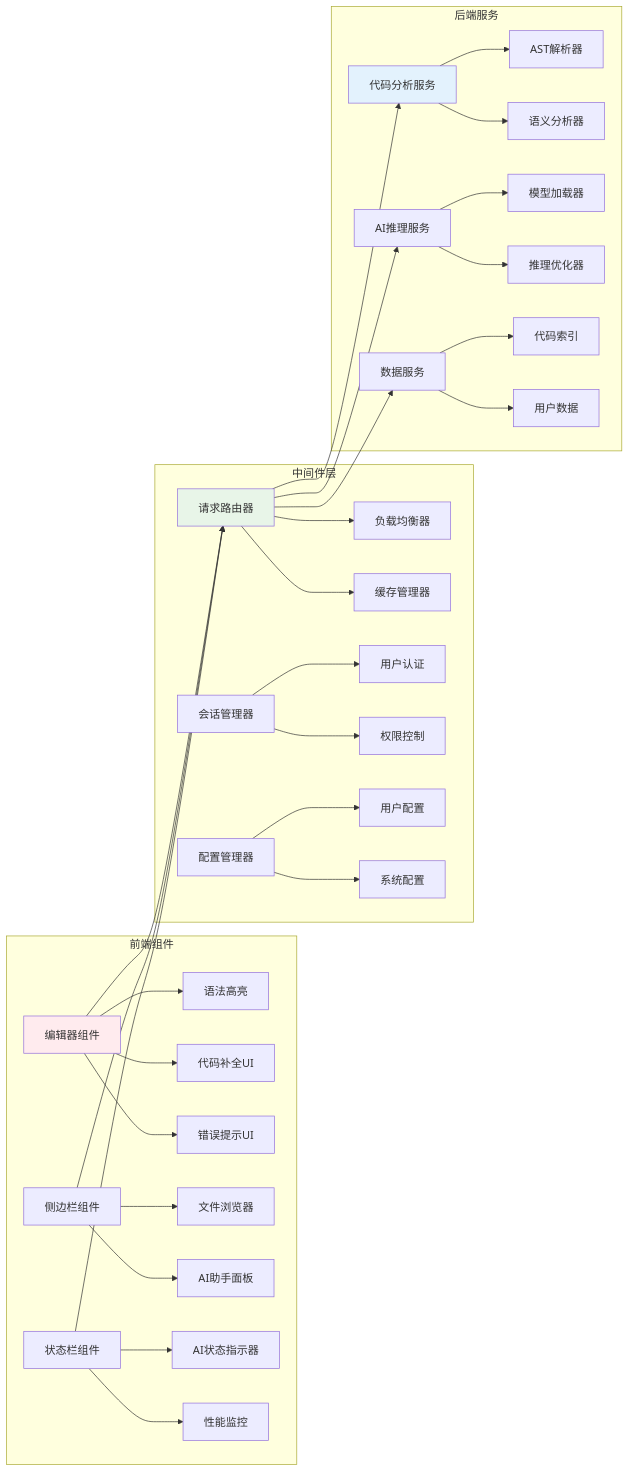
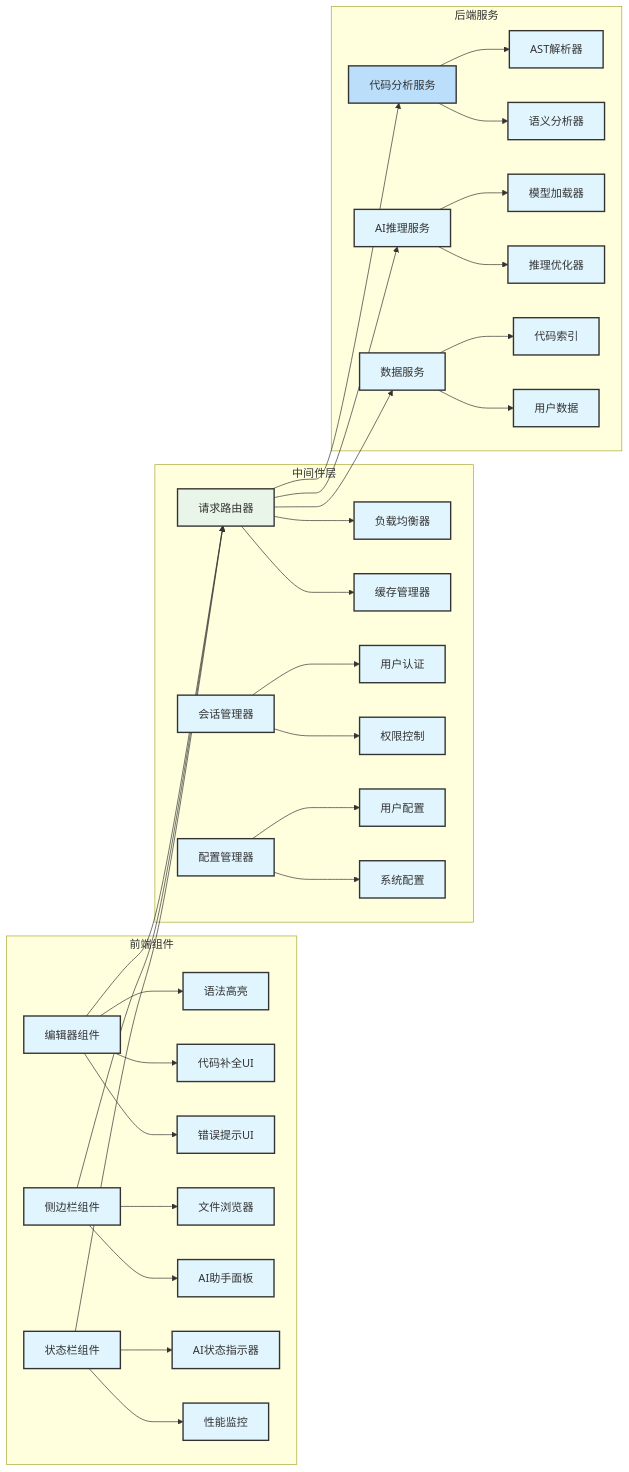
One commit to Coldplay-now/ai-ide-guide-core changed the second of 9 diagrams in docs/assets/diagrams/system-architecture-diagrams.md. Above: the diagram before and after it, drawn with Mermaid. The commit also changed other lines of this file and 148 other files, not shown here.

````diff
--- a/docs/assets/diagrams/system-architecture-diagrams.md
+++ b/docs/assets/diagrams/system-architecture-diagrams.md
@@ -73,42 +71,42 @@
 ```mermaid
 graph LR
     subgraph "前端组件"
         A[编辑器组件] --> B[语法高亮]
         A --> C[代码补全UI]
         A --> D[错误提示UI]
         E[侧边栏组件] --> F[文件浏览器]
         E --> G[AI助手面板]
         H[状态栏组件] --> I[AI状态指示器]
         H --> J[性能监控]
     end
-    
     subgraph "中间件层"
         K[请求路由器] --> L[负载均衡器]
         K --> M[缓存管理器]
         N[会话管理器] --> O[用户认证]
         N --> P[权限控制]
         Q[配置管理器] --> R[用户配置]
         Q --> S[系统配置]
     end
-    
     subgraph "后端服务"
         T[代码分析服务] --> U[AST解析器]
         T --> V[语义分析器]
         W[AI推理服务] --> X[模型加载器]
         W --> Y[推理优化器]
         Z[数据服务] --> AA[代码索引]
         Z --> BB[用户数据]
     end
-    
     A --> K
     E --> K
     H --> K
     K --> T
     K --> W
     K --> Z
-    
-    style A fill:#ffebee
+    style A fill:#e1f5fe
     style K fill:#e8f5e8
-    style T fill:#e3f2fd
-
+    style T fill:#bbdefb
+%% Standard styling
+classDef default fill:#e1f5fe,stroke:#333,stroke-width:2px
+classDef highlight fill:#bbdefb,stroke:#333,stroke-width:3px
+classDef process fill:#90caf9,stroke:#333,stroke-width:2px
+classDef decision fill:#64b5f6,stroke:#333,stroke-width:2px
 ```
````
